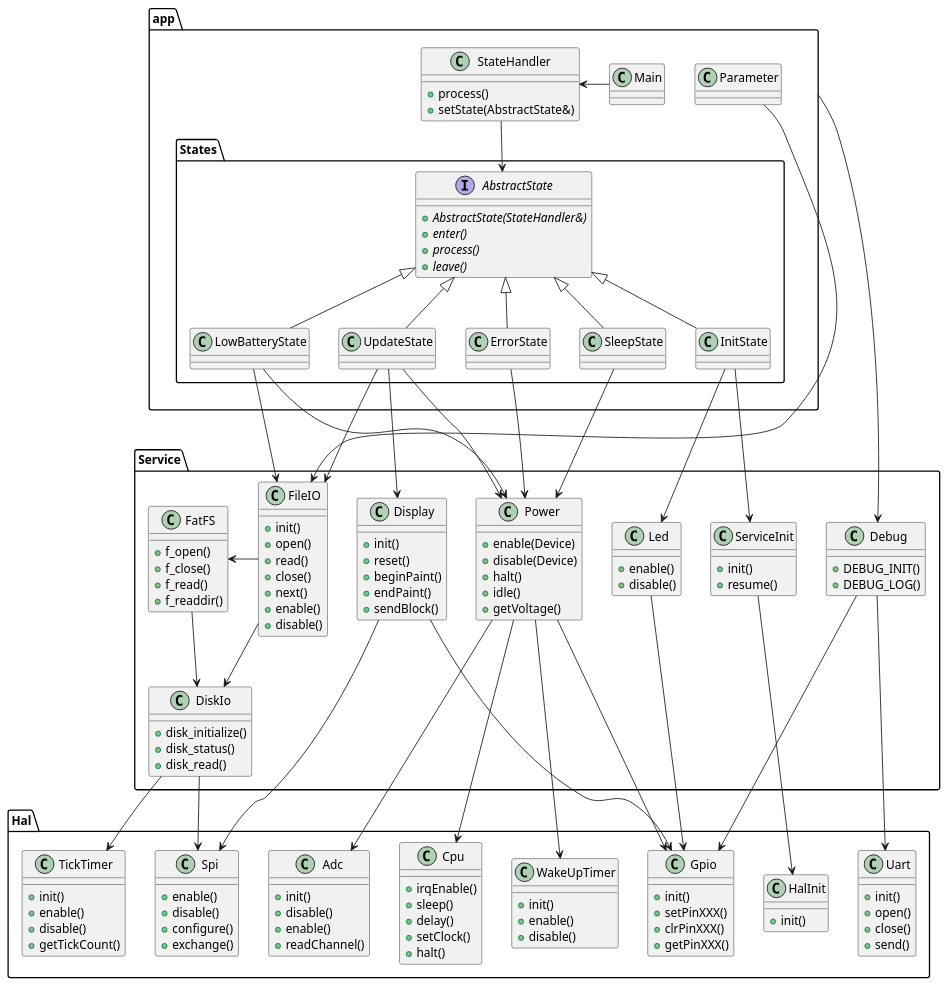
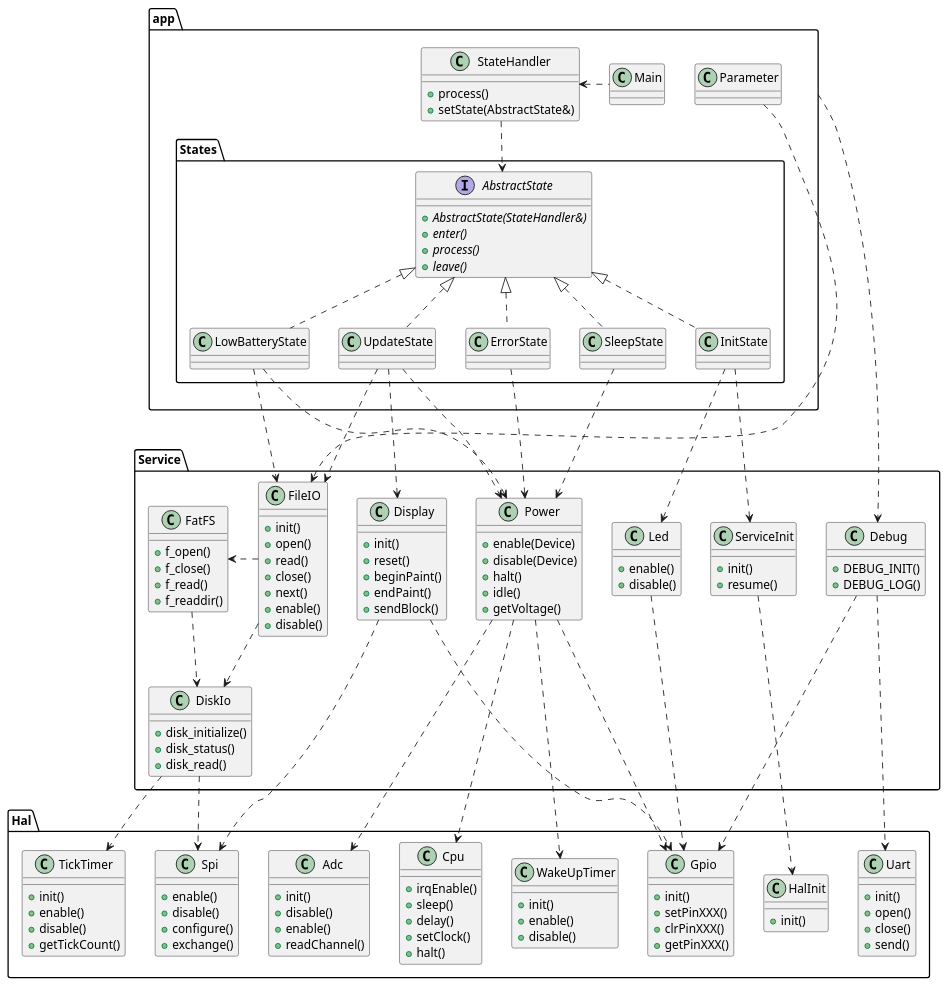
Before and after one commit to nhjschulz/EInkPicFrame: the diagram in design/plantuml/ClassDiagram.plantuml, drawn with PlantUML.

Commit message:
DOC:  Fix arrows in class diagram
Wrong notation was used for "use" relation.
Need dashed lines.

```diff
--- a/design/plantuml/ClassDiagram.plantuml
+++ b/design/plantuml/ClassDiagram.plantuml
@@ -1,182 +1,182 @@
 @startuml ClassDiagram
 
 package app {
 
     class Main {
 
     }
     class StateHandler {
         +process()
         +setState(AbstractState&)
     }
 
     class Parameter {
 
     }
     
     package States {
 
             interface AbstractState {
         {abstract}+AbstractState(StateHandler&)
         {abstract} +enter()
         {abstract} +process()
         {abstract} +leave()
     }
         class SleepState
         class UpdateState
         class InitState
         class ErrorState
         class LowBatteryState
 
-        UpdateState -u-|> AbstractState
-        SleepState -u-|> AbstractState
-        InitState -u-|> AbstractState
-        ErrorState -u-|> AbstractState
-        LowBatteryState -u-|> AbstractState
+        UpdateState .u.|> AbstractState
+        SleepState .u.|> AbstractState
+        InitState .u.|> AbstractState
+        ErrorState .u.|> AbstractState
+        LowBatteryState .u.|> AbstractState
     }
 
-    Main -l-> StateHandler
-    StateHandler --> AbstractState
+    Main .l.> StateHandler
+    StateHandler ..> AbstractState
 }
 
 package Service {
     class FileIO {
         +init()
         +open()
         +read()
         +close()
         +next()
         +enable()
         +disable()
     }
 
     class FatFS {
         +f_open()
         +f_close()
         +f_read()
         +f_readdir()
     }
     class ServiceInit {
         +init()
         +resume()
       
     }
     class Display {
         +init()
         +reset()
         +beginPaint()
         +endPaint()
         +sendBlock()
     }
     class DiskIo {
         +disk_initialize()
         +disk_status()
         +disk_read()
     }
 
     class Debug {
         +DEBUG_INIT()
         +DEBUG_LOG()
     }
     
     class Led {
         +enable()
         +disable()
     }
 
     class Power {
         +enable(Device)
         +disable(Device)
         +halt()
         +idle()
         +getVoltage()
     }
 
 }
 
 package Hal {
 
     class Spi {
         +enable()
         +disable()
         +configure()
         +exchange()
     }
 
     class Uart {
         +init()
         +open()
         +close()
         +send()
     }
     
     class HalInit {
         +init()
     }
 
     class Cpu {
         +irqEnable()
         +sleep()
         +delay()
         +setClock()
         +halt()
     }
     class Gpio {
         +init()
         +setPinXXX()
         +clrPinXXX()
         +getPinXXX()
     }
 
     class TickTimer {
         +init()
         +enable()
         +disable()
         +getTickCount()
     }
     
     class WakeUpTimer {
         +init()
         +enable()
         +disable()
     }
 
     class Adc {
         +init()
         +disable()
         +enable()
         +readChannel()
     }
 }
-InitState --> ServiceInit
-InitState --> Led
-ServiceInit -> HalInit
-UpdateState -> FileIO
-UpdateState -> Display
-SleepState --> Power
-ErrorState --> Power
-UpdateState --> Power
-LowBatteryState --> Power
-LowBatteryState ---> FileIO
-app --> Debug
+InitState ..> ServiceInit
+InitState ..> Led
+ServiceInit .> HalInit
+UpdateState .> FileIO
+UpdateState .> Display
+SleepState ..> Power
+ErrorState ..> Power
+UpdateState ..> Power
+LowBatteryState ..> Power
+LowBatteryState ...> FileIO
+app ..> Debug
 
-FileIO ->FatFS
-FatFS -d-> DiskIo
-FileIO -> DiskIo
+FileIO .>FatFS
+FatFS .d.> DiskIo
+FileIO .> DiskIo
 
-Debug -> Uart
-Debug --> Gpio
-DiskIo --> Spi
-Display --> Spi
-Display --> Gpio
-Power --> Cpu
-Power --> WakeUpTimer
-Power -> Gpio
-Power ---> Adc
-DiskIo --> TickTimer
-Led --> Gpio
+Debug .> Uart
+Debug ..> Gpio
+DiskIo ..> Spi
+Display ..> Spi
+Display ..> Gpio
+Power ..> Cpu
+Power ..> WakeUpTimer
+Power .> Gpio
+Power ...> Adc
+DiskIo ..> TickTimer
+Led ..> Gpio
 
-Parameter --> FileIO
+Parameter ..> FileIO
 
 
 @enduml
```
